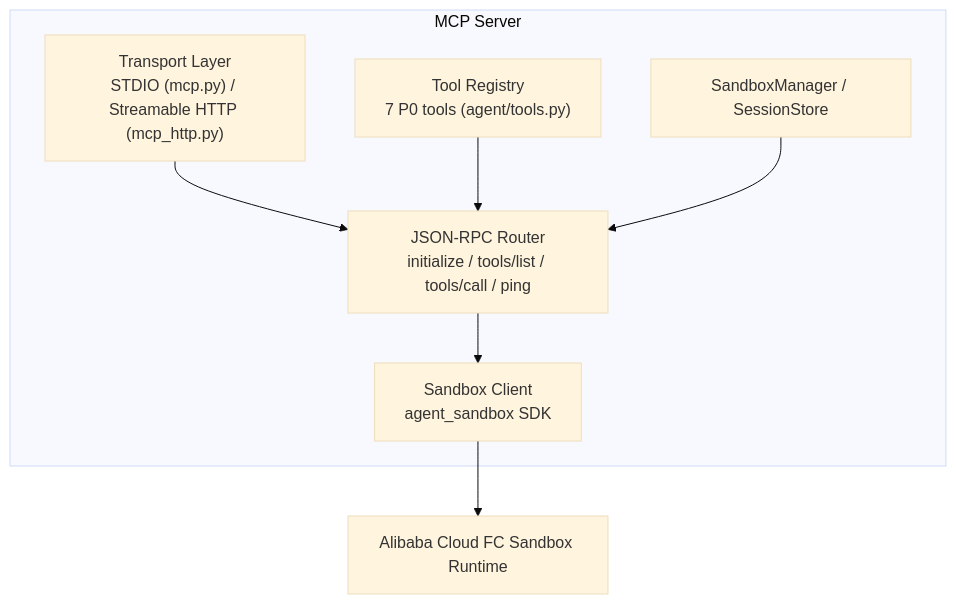
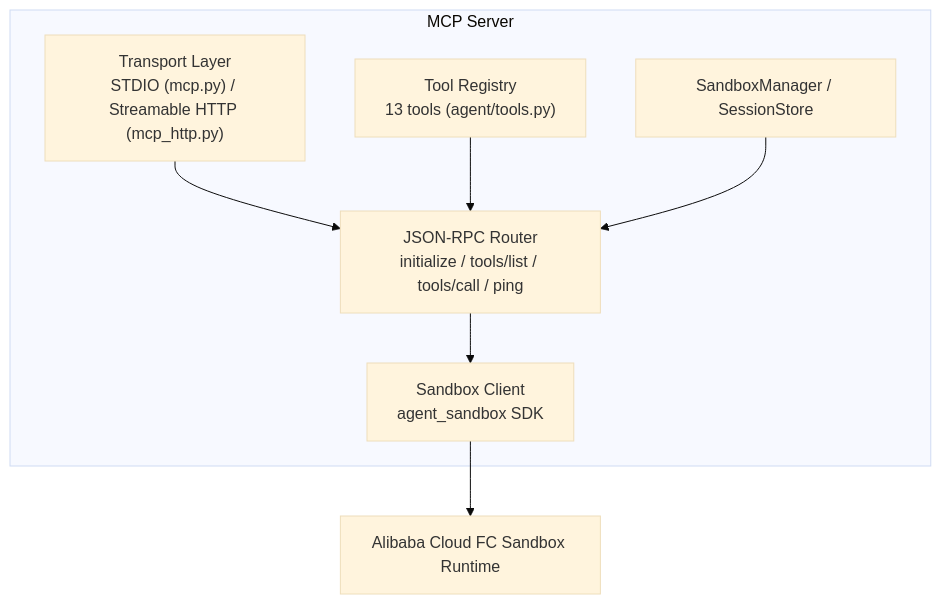
Before and after one commit to Alibaba-Agent-Sandbox/python-sdk: the fifth of 6 diagrams in docs/en/design/mcp-server.md, drawn with Mermaid (base theme). The commit also changed other lines of this file and 23 other files, not shown here.

````diff
--- a/docs/en/design/mcp-server.md
+++ b/docs/en/design/mcp-server.md
@@ -310,15 +315,15 @@
 ```mermaid
 graph TD
     subgraph MCP["MCP Server"]
         TL["Transport Layer\nSTDIO (mcp.py) / Streamable HTTP (mcp_http.py)"]
-        TR["Tool Registry\n7 P0 tools (agent/tools.py)"]
+        TR["Tool Registry\n13 tools (agent/tools.py)"]
         SM["SandboxManager / SessionStore"]
         RR["JSON-RPC Router\ninitialize / tools/list / tools/call / ping"]
         SC["Sandbox Client\nagent_sandbox SDK"]
     end
     TL --> RR
     TR --> RR
     SM --> RR
     RR --> SC
     SC --> FC["Alibaba Cloud FC Sandbox Runtime"]
 ```
````
